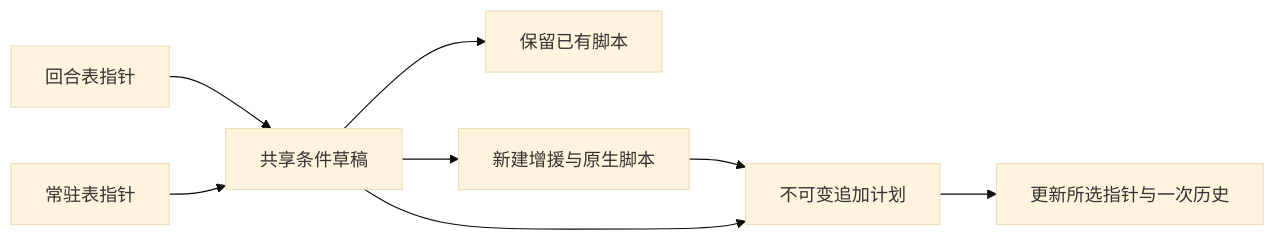
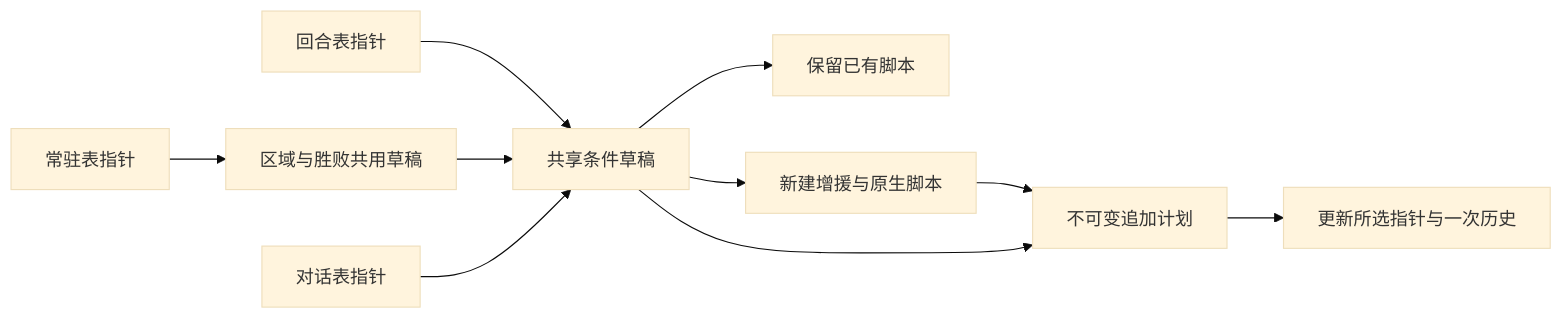
Before and after one commit to woxQAQ/febuildergba-mygo: the sixth of 6 diagrams in docs/coverage.md, drawn with Mermaid (base theme). The commit also changed other lines of this file and 44 other files, not shown here.

````diff
--- a/docs/coverage.md
+++ b/docs/coverage.md
@@ -266,10 +289,12 @@
 ```mermaid
 flowchart LR
     Turn[回合表指针] --> Draft[共享条件草稿]
-    Area[常驻表指针] --> Draft
+    Area[常驻表指针] --> Shared[区域与胜败共用草稿]
+    Shared --> Draft
+    Talk[对话表指针] --> Draft
     Draft --> Existing[保留已有脚本]
     Draft --> New[新建增援与原生脚本]
     New --> Plan[不可变追加计划]
     Draft --> Plan
     Plan --> History[更新所选指针与一次历史]
 ```
````
